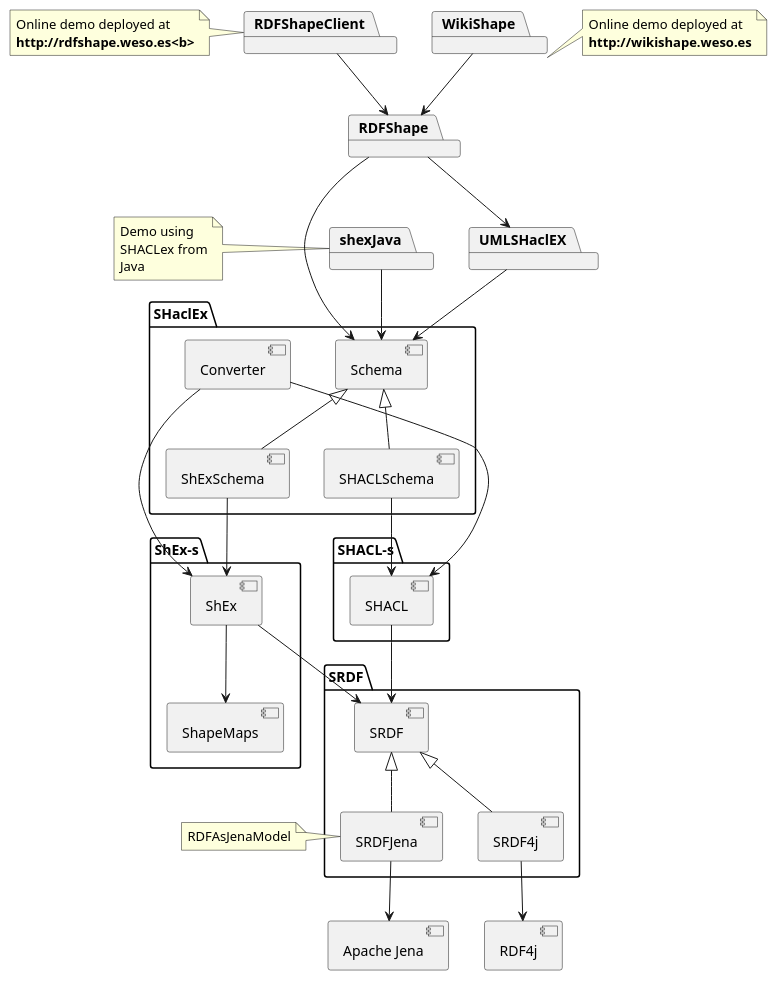
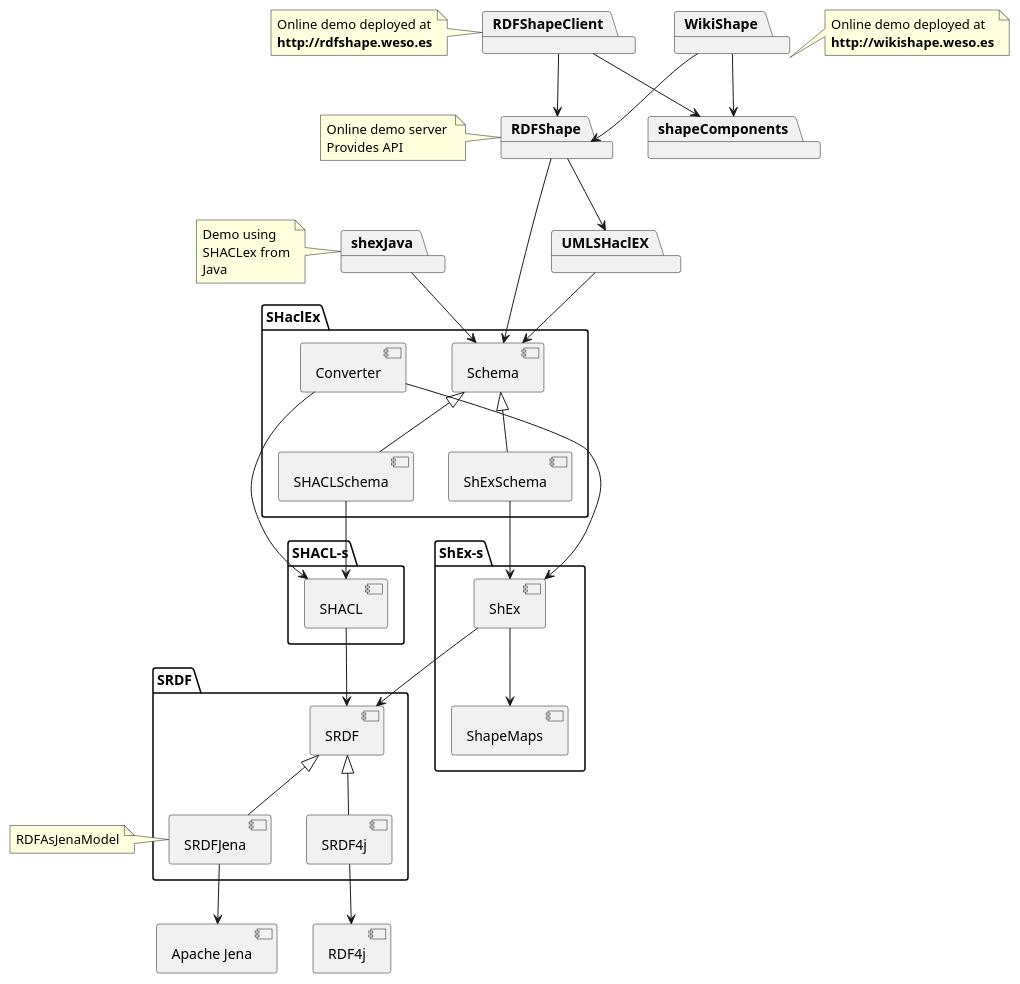
The diagram in doc/modules.plantuml (weso/shaclex), drawn with PlantUML before and after one commit. The commit also changed 7 other files, not shown here.

```diff
--- a/doc/modules.plantuml
+++ b/doc/modules.plantuml
@@ -1,104 +1,117 @@
 @startuml
 
 package SHaclEx {
 [Schema] as Schema
 [ShExSchema] as ShExSchema
 [SHACLSchema] as SHACLSchema
 [Converter] as Converter
 }
 
 package ShEx-s {
 [ShEx] as ShEx
 '[RBE] as RBE
 [ShapeMaps] as shapeMaps
 '[DepGraphs] as depGraphs
 
 }
 
 package SHACL-s {
  [SHACL] as SHACL
 }
 
 package SRDF {
 
  [SRDF] as SRDFComponent
  [SRDF4j] as SRDF4j
  [SRDFJena] as SRDFJena
 
 }
 
 
 note left of SRDFJena
  RDFAsJenaModel
 end note
 
 [Apache Jena] as ApacheJena
 [RDF4j] as RDF4j
 
 Schema <|-- ShExSchema
 Schema <|-- SHACLSchema
 ShExSchema --> ShEx
 SHACLSchema --> SHACL
 Converter --> ShEx
 Converter --> SHACL
 ShEx --> shapeMaps
 'ShEx --> RBE
 'ShEx --> depGraphs
 SHACL --> SRDFComponent
 ShEx --> SRDFComponent
 
 
 package RDFShapeClient {
 
 } 
 package WikiShape {
 
 } 
 
 package RDFShape {
 
 } 
 
 package UMLSHaclEX {
 
 }
 
+
+package shapeComponents {
+
+}
+
 package shexJava {
 
 }
 
 
 shexJava --> Schema
 WikiShape --> RDFShape
+WikiShape --> shapeComponents
 RDFShape --> UMLSHaclEX
 RDFShape --> Schema
 UMLSHaclEX --> Schema
 RDFShapeClient --> RDFShape
+RDFShapeClient --> shapeComponents
+
 
 SRDFComponent <|-- SRDFJena
 SRDFComponent <|-- SRDF4j
 SRDFJena --> ApacheJena
 SRDF4j --> RDF4j
 
 
 note left of RDFShapeClient 
  Online demo deployed at
- <b>http://rdfshape.weso.es<b>
+ <b>http://rdfshape.weso.es</b>
 end note
+
 note right of WikiShape 
  Online demo deployed at
  <b>http://wikishape.weso.es</b>
 end note
 
+note left of RDFShape 
+ Online demo server 
+ Provides API
+end note
 
 note left of shexJava 
  Demo using
  SHACLex from
  Java
 end note
 
 
 
 
 
 @enduml
```
